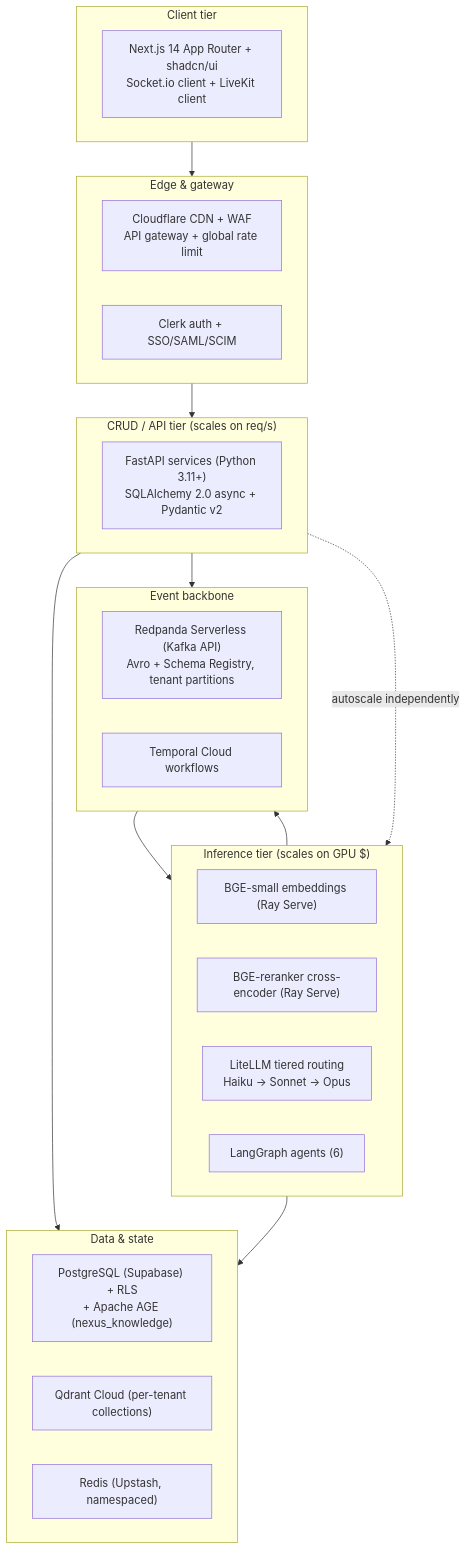
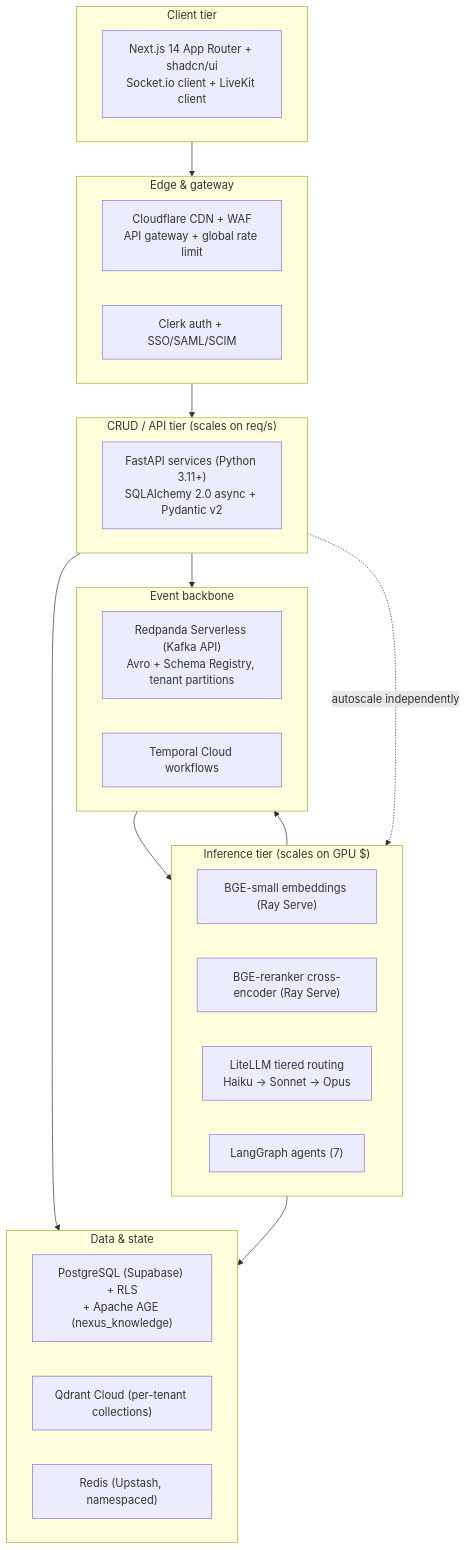
One commit to Mytheus-AI/mytheus-docs changed the first of 3 diagrams in _canon/06-tech-decisions.md. Above: the diagram before and after it, drawn with Mermaid. The commit also changed other lines of this file and 4 other files, not shown here.

````diff
--- a/_canon/06-tech-decisions.md
+++ b/_canon/06-tech-decisions.md
@@ -40,35 +40,35 @@
 ```mermaid
 flowchart TB
     subgraph Client["Client tier"]
         FE["Next.js 14 App Router + shadcn/ui<br/>Socket.io client + LiveKit client"]
     end
     subgraph Edge["Edge & gateway"]
         WAF["Cloudflare CDN + WAF<br/>API gateway + global rate limit"]
         CLERK["Clerk auth + SSO/SAML/SCIM"]
     end
     subgraph CRUD["CRUD / API tier (scales on req/s)"]
         API["FastAPI services (Python 3.11+)<br/>SQLAlchemy 2.0 async + Pydantic v2"]
     end
     subgraph Inference["Inference tier (scales on GPU $)"]
         EMB["BGE-small embeddings (Ray Serve)"]
         RR["BGE-reranker cross-encoder (Ray Serve)"]
         LLM["LiteLLM tiered routing<br/>Haiku → Sonnet → Opus"]
-        LG["LangGraph agents (6)"]
+        LG["LangGraph agents (7)"]
     end
     subgraph Data["Data & state"]
         PG["PostgreSQL (Supabase) + RLS<br/>+ Apache AGE (nexus_knowledge)"]
         QD["Qdrant Cloud (per-tenant collections)"]
         RD["Redis (Upstash, namespaced)"]
     end
     subgraph Bus["Event backbone"]
         RP["Redpanda Serverless (Kafka API)<br/>Avro + Schema Registry, tenant partitions"]
         TMP["Temporal Cloud workflows"]
     end
     Client --> Edge --> CRUD
     CRUD --> Data
     CRUD --> Bus
     Bus --> Inference
     Inference --> Data
     Inference --> Bus
     CRUD -. autoscale independently .-> Inference
 ```
````
